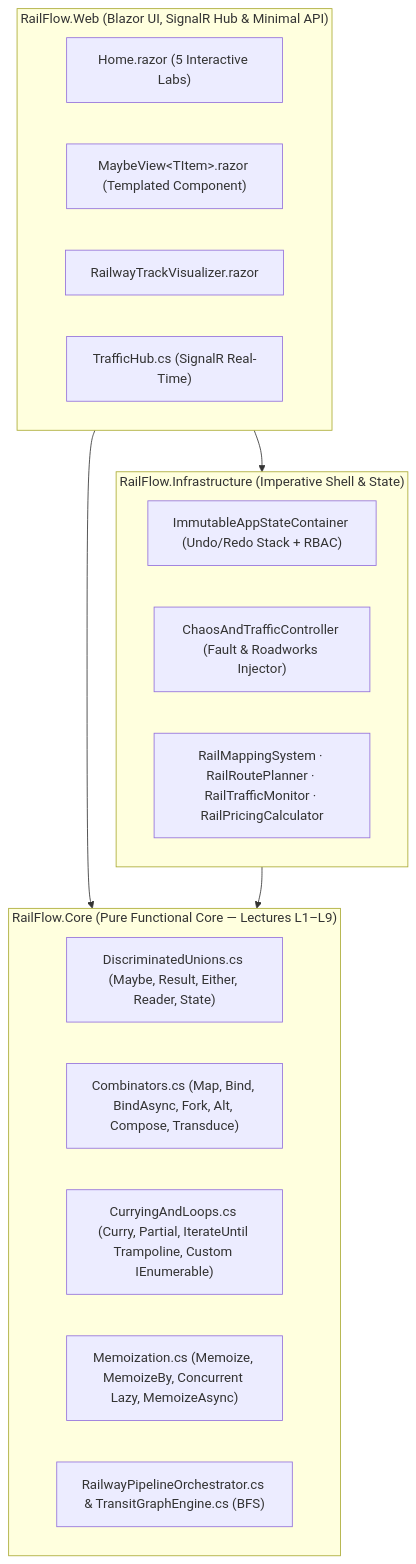
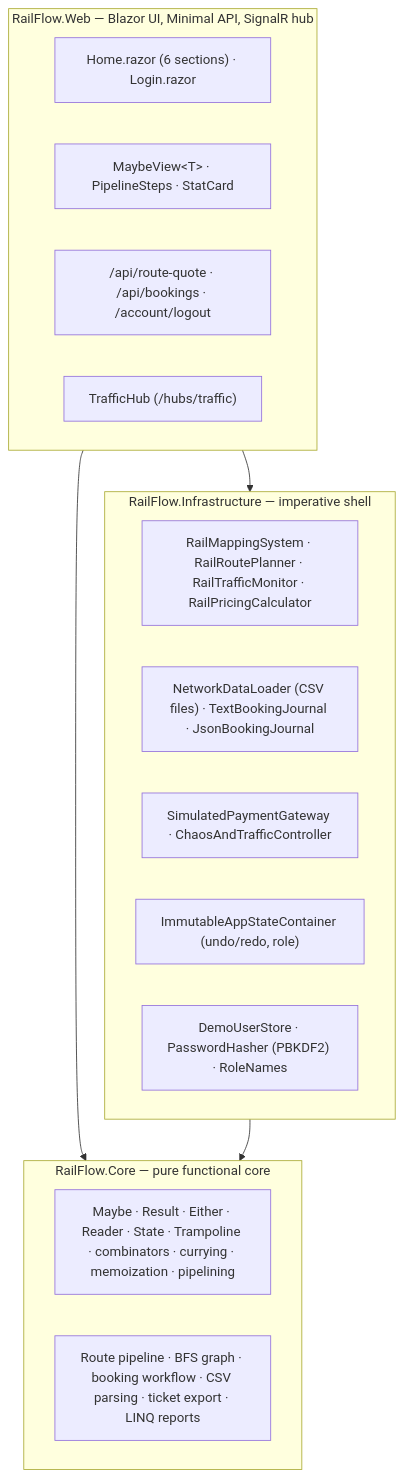
One commit to xnionn/RailFlowProject changed the first of 4 diagrams in README.md. Above: the diagram before and after it, drawn with Mermaid. The commit also changed other lines of this file and 79 other files, not shown here.

First line of the commit message:
feat: complete RailFlow booking app, roles, tests and docs

````diff
--- a/README.md
+++ b/README.md
@@ -50,27 +116,26 @@
 ```mermaid
 flowchart TB
-    subgraph Web["RailFlow.Web (Blazor UI, SignalR Hub & Minimal API)"]
-        Home["Home.razor (5 Interactive Labs)"]
-        MaybeView["MaybeView&lt;TItem&gt;.razor (Templated Component)"]
-        TrackVis["RailwayTrackVisualizer.razor"]
-        TrafficHub["TrafficHub.cs (SignalR Real-Time)"]
+    subgraph Web["RailFlow.Web — Blazor UI, Minimal API, SignalR hub"]
+        Home["Home.razor (6 sections) · Login.razor"]
+        Shared["MaybeView&lt;T&gt; · PipelineSteps · StatCard"]
+        Api["/api/route-quote · /api/bookings · /account/logout"]
+        Hub["TrafficHub (/hubs/traffic)"]
     end
 
-    subgraph Infra["RailFlow.Infrastructure (Imperative Shell & State)"]
-        State["ImmutableAppStateContainer (Undo/Redo Stack + RBAC)"]
-        Chaos["ChaosAndTrafficController (Fault & Roadworks Injector)"]
+    subgraph Infra["RailFlow.Infrastructure — imperative shell"]
         Services["RailMappingSystem · RailRoutePlanner · RailTrafficMonitor · RailPricingCalculator"]
+        Storage["NetworkDataLoader (CSV files) · TextBookingJournal · JsonBookingJournal"]
+        Gateway["SimulatedPaymentGateway · ChaosAndTrafficController"]
+        State["ImmutableAppStateContainer (undo/redo, role)"]
+        Security["DemoUserStore · PasswordHasher (PBKDF2) · RoleNames"]
     end
 
-    subgraph Core["RailFlow.Core (Pure Functional Core — Lectures L1–L9)"]
-        DU["DiscriminatedUnions.cs (Maybe, Result, Either, Reader, State)"]
-        Comb["Combinators.cs (Map, Bind, BindAsync, Fork, Alt, Compose, Transduce)"]
-        Loops["CurryingAndLoops.cs (Curry, Partial, IterateUntil Trampoline, Custom IEnumerable)"]
-        Memo["Memoization.cs (Memoize, MemoizeBy, Concurrent Lazy, MemoizeAsync)"]
-        Orch["RailwayPipelineOrchestrator.cs & TransitGraphEngine.cs (BFS)"]
+    subgraph Core["RailFlow.Core — pure functional core"]
+        Functional["Maybe · Result · Either · Reader · State · Trampoline · combinators · currying · memoization · pipelining"]
+        Domain["Route pipeline · BFS graph · booking workflow · CSV parsing · ticket export · LINQ reports"]
     end
 
     Web --> Infra
     Web --> Core
     Infra --> Core
 ```
````
